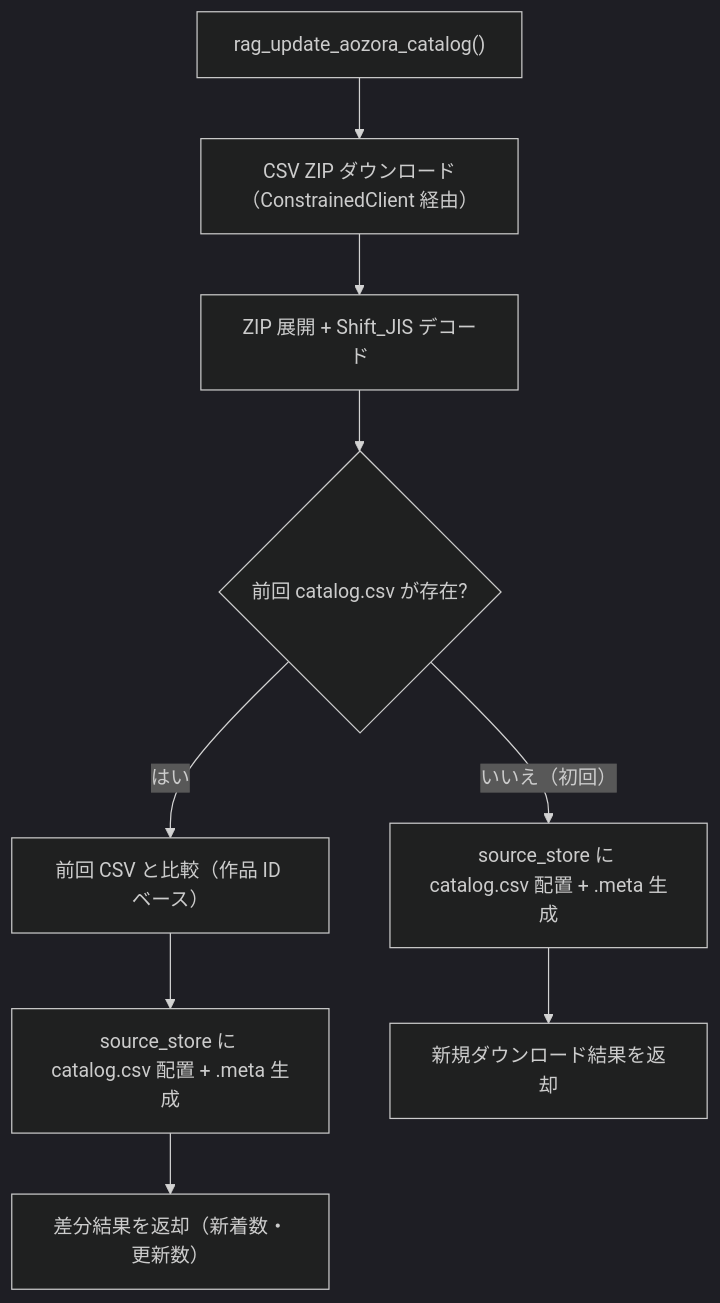
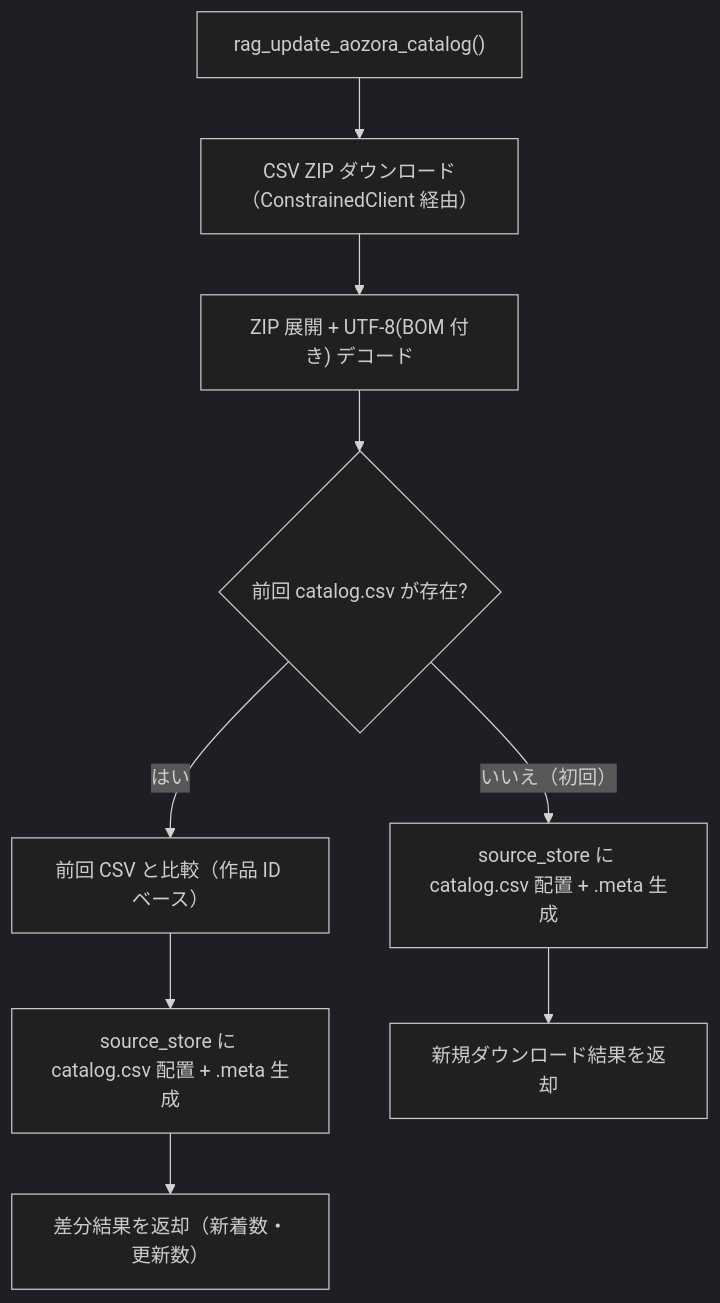
The first of 3 diagrams in docs/specs/ingesters/aozora.md (becky3/rag-knowledge), drawn with Mermaid (dark theme) before and after one commit. The commit also changed other lines of this file and 3 other files, not shown here.

````diff
--- a/docs/specs/ingesters/aozora.md
+++ b/docs/specs/ingesters/aozora.md
@@ -284,21 +284,21 @@
 ```mermaid
 flowchart TD
     START["rag_update_aozora_catalog()"]
     DL["CSV ZIP ダウンロード（ConstrainedClient 経由）"]
-    UNZIP["ZIP 展開 + Shift_JIS デコード"]
+    UNZIP["ZIP 展開 + UTF-8(BOM 付き) デコード"]
     CHECK{"前回 catalog.csv が存在?"}
     DIFF["前回 CSV と比較（作品 ID ベース）"]
     PLACE_NEW["source_store に catalog.csv 配置 + .meta 生成"]
     PLACE_UPD["source_store に catalog.csv 配置 + .meta 生成"]
     RESULT_NEW["新規ダウンロード結果を返却"]
     RESULT_DIFF["差分結果を返却（新着数・更新数）"]
 
     START --> DL
     DL --> UNZIP
     UNZIP --> CHECK
     CHECK -->|"はい"| DIFF
     CHECK -->|"いいえ（初回）"| PLACE_NEW
     DIFF --> PLACE_UPD
     PLACE_NEW --> RESULT_NEW
     PLACE_UPD --> RESULT_DIFF
 ```
````
